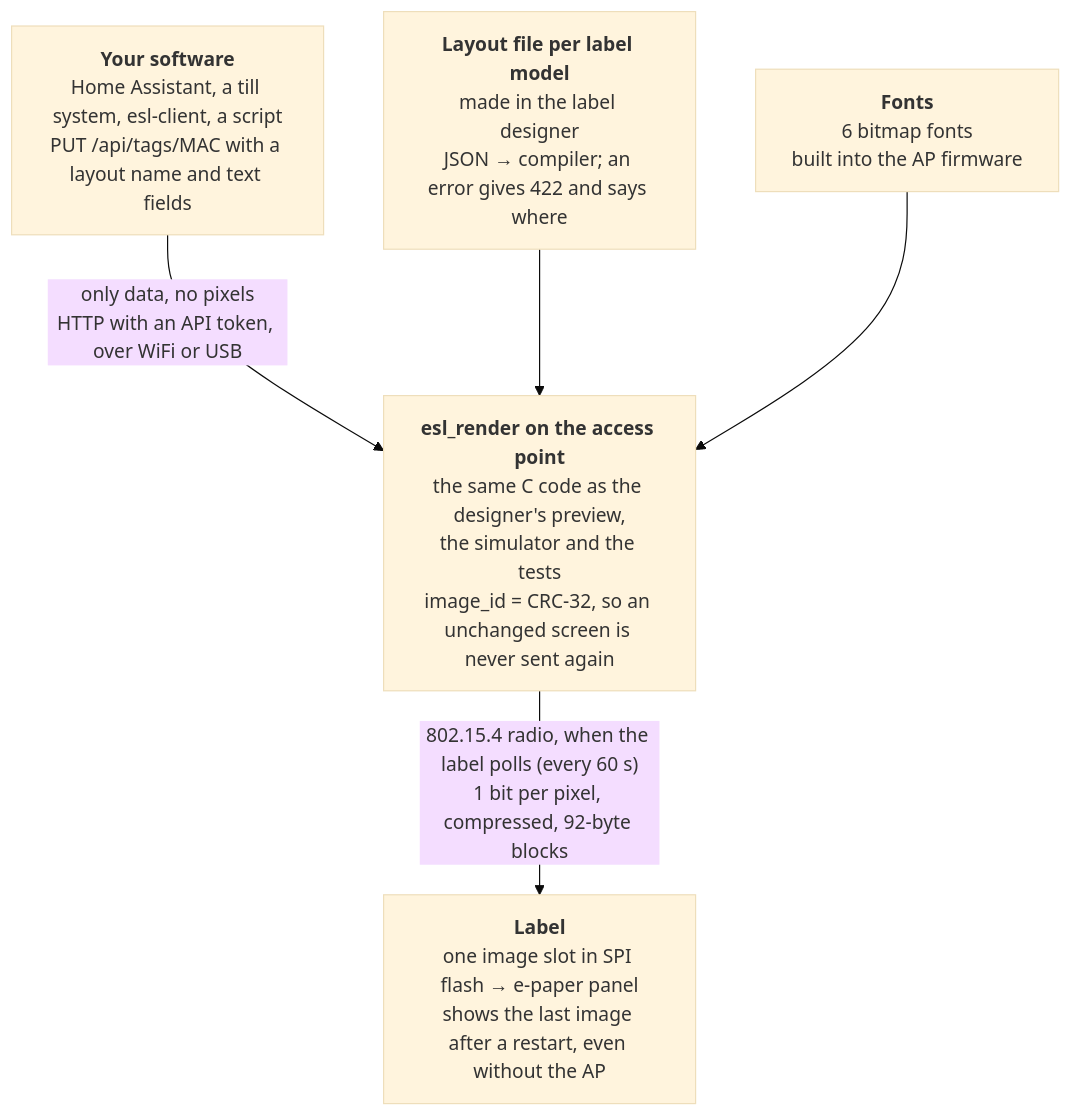
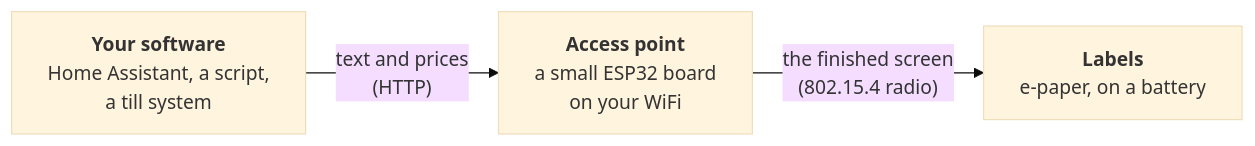
One commit to mathiasbk/openESL changed the diagram in wiki/Home.md. Above: the diagram before and after it, drawn with Mermaid (base theme). The commit also changed other lines of this file and 5 other files, not shown here.

````diff
--- a/wiki/Home.md
+++ b/wiki/Home.md
@@ -15,12 +23,8 @@
 ```mermaid
-flowchart TB
-    client["<b>Your software</b><br/>Home Assistant, a till system, esl-client, a script<br/>PUT /api/tags/MAC with a layout name and text fields"]
-    layout["<b>Layout file per label model</b><br/>made in the label designer<br/>JSON → compiler; an error gives 422 and says where"]
-    fonts["<b>Fonts</b><br/>6 bitmap fonts<br/>built into the AP firmware"]
-    render["<b>esl_render on the access point</b><br/>the same C code as the designer's preview,<br/>the simulator and the tests<br/>image_id = CRC-32, so an unchanged screen is never sent again"]
-    label["<b>Label</b><br/>one image slot in SPI flash → e-paper panel<br/>shows the last image after a restart, even without the AP"]
-    client -- "only data, no pixels<br/>HTTP with an API token, over WiFi or USB" --> render
-    layout --> render
-    fonts --> render
-    render -- "802.15.4 radio, when the label polls (every 60 s)<br/>1 bit per pixel, compressed, 92-byte blocks" --> label
+flowchart LR
+    you["<b>Your software</b><br/>Home Assistant, a script,<br/>a till system"]
+    ap["<b>Access point</b><br/>a small ESP32 board<br/>on your WiFi"]
+    labels["<b>Labels</b><br/>e-paper, on a battery"]
+    you -- "text and prices<br/>(HTTP)" --> ap
+    ap -- "the finished screen<br/>(802.15.4 radio)" --> labels
 ```
````
